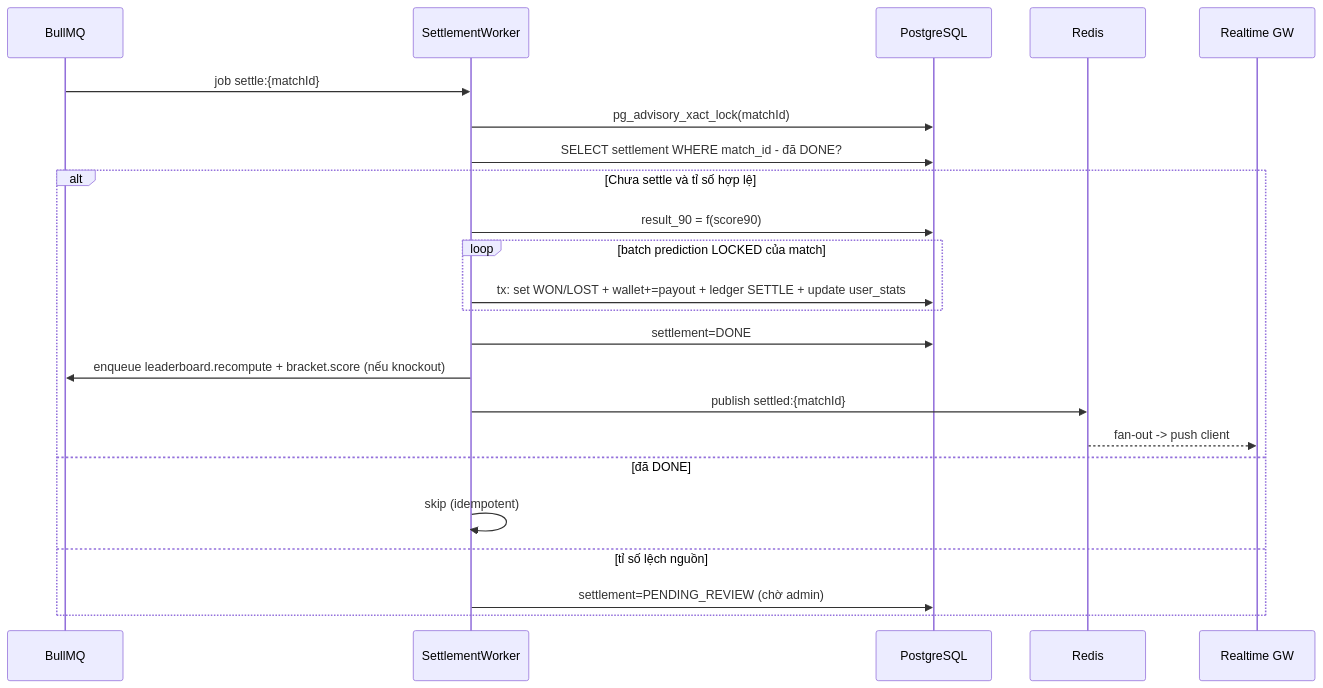
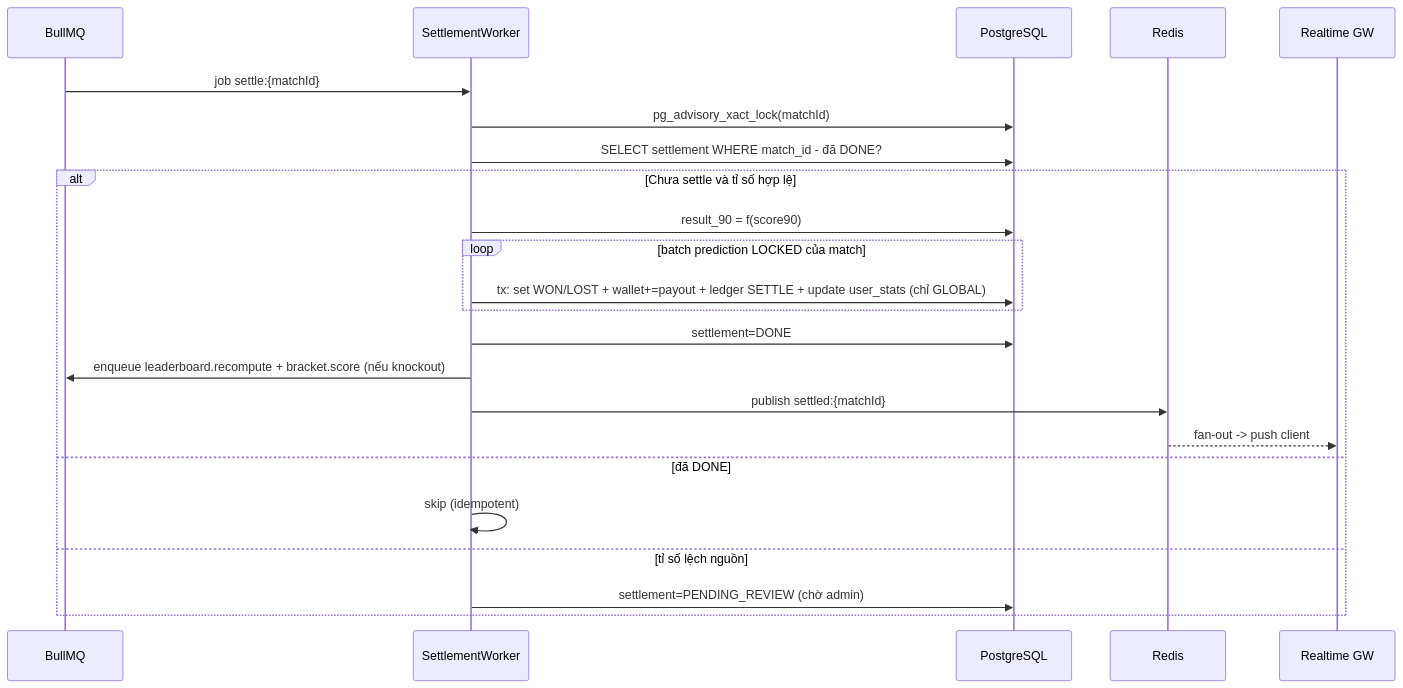
One commit to taipt1504/wc-games changed the third of 5 diagrams in docs/solution-design/2026-05-30-prediction-scoring-service-design.md. Above: the diagram before and after it, drawn with Mermaid. The commit also changed other lines of this file, not shown here.

First line of the commit message:
fix(prediction-sd): global ROI leaderboard counts GLOBAL-context bets only

````diff
--- a/docs/solution-design/2026-05-30-prediction-scoring-service-design.md
+++ b/docs/solution-design/2026-05-30-prediction-scoring-service-design.md
@@ -153,25 +153,25 @@
 ```mermaid
 sequenceDiagram
     participant Q as BullMQ
     participant W as SettlementWorker
     participant DB as PostgreSQL
     participant R as Redis
     participant RT as Realtime GW
     Q->>W: job settle:{matchId}
     W->>DB: pg_advisory_xact_lock(matchId)
     W->>DB: SELECT settlement WHERE match_id - đã DONE?
     alt Chưa settle và tỉ số hợp lệ
         W->>DB: result_90 = f(score90)
         loop batch prediction LOCKED của match
-            W->>DB: tx: set WON/LOST + wallet+=payout + ledger SETTLE + update user_stats
+            W->>DB: tx: set WON/LOST + wallet+=payout + ledger SETTLE + update user_stats (chỉ GLOBAL)
         end
         W->>DB: settlement=DONE
         W->>Q: enqueue leaderboard.recompute + bracket.score (nếu knockout)
         W->>R: publish settled:{matchId}
         R-->>RT: fan-out -> push client
     else đã DONE
         W->>W: skip (idempotent)
     else tỉ số lệch nguồn
         W->>DB: settlement=PENDING_REVIEW (chờ admin)
     end
 ```
````
